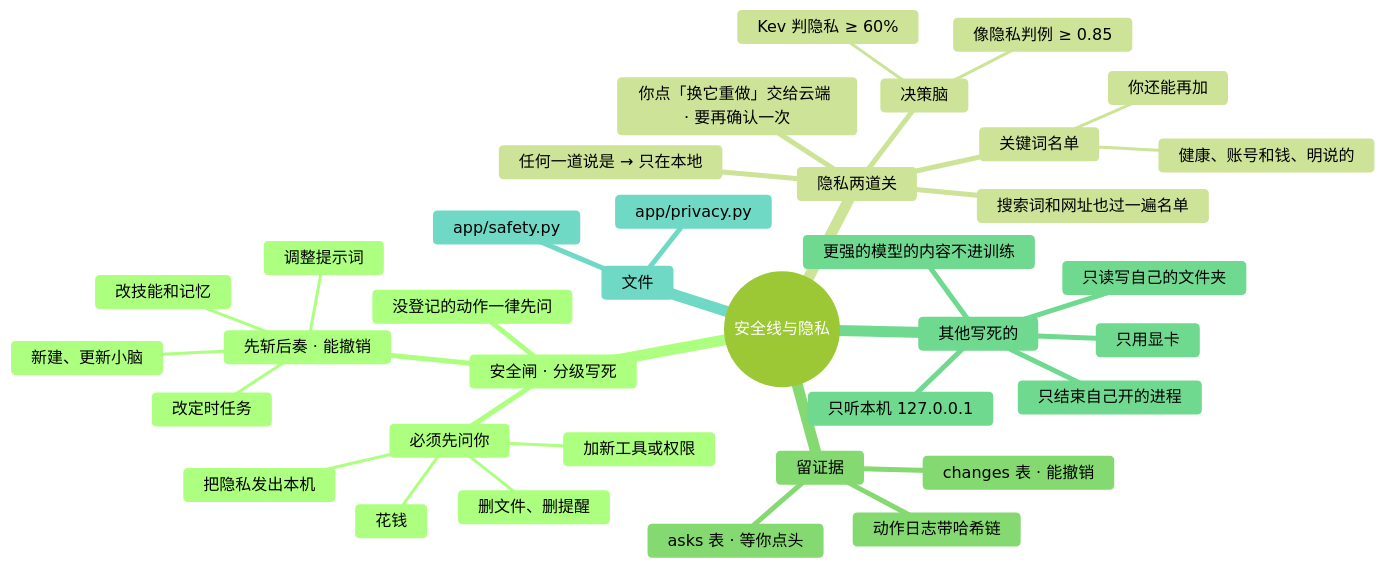
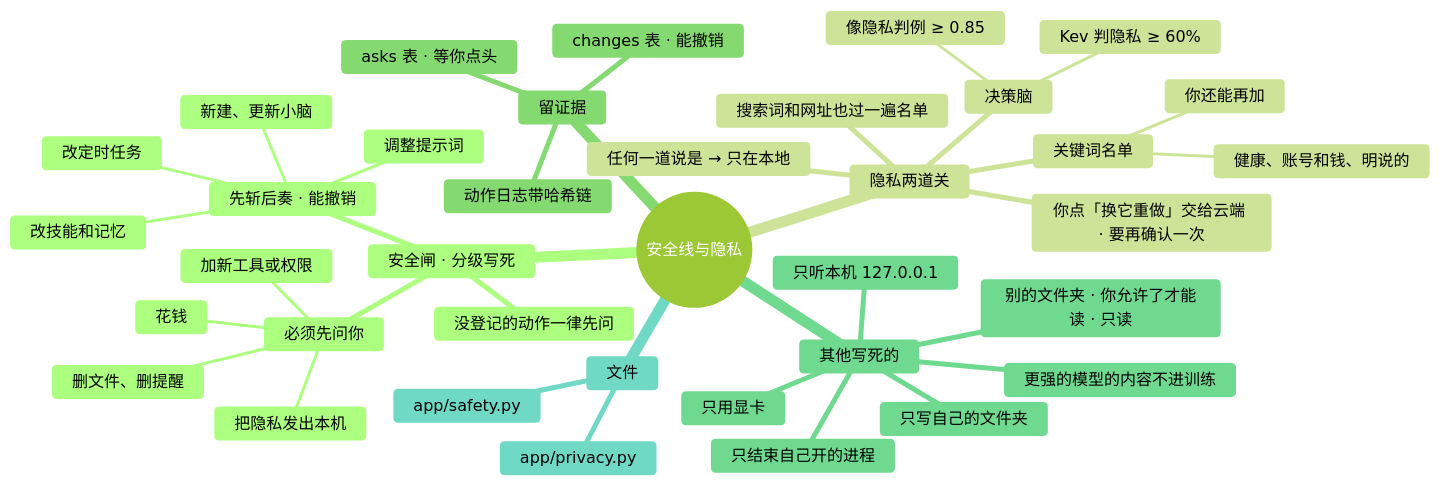
One commit to lql-076/Experiment-Agent-One changed the diagram in docs/AI文档/架构/08-安全线与隐私.md. Above: the diagram before and after it, drawn with Mermaid (forest theme). The commit also changed other lines of this file and 25 other files, not shown here.

First line of the commit message:
v1.8.17：对话能发图片（交给 DeepSeek 看）、能读你允许的文件夹（只读）

````diff
--- a/docs/AI文档/架构/08-安全线与隐私.md
+++ b/docs/AI文档/架构/08-安全线与隐私.md
@@ -9,39 +9,40 @@
 ```mermaid
 mindmap
   root((安全线与隐私))
     安全闸 · 分级写死
       先斩后奏 · 能撤销
         新建、更新小脑
         改技能和记忆
         改定时任务
         调整提示词
       必须先问你
         删文件、删提醒
         加新工具或权限
         花钱
         把隐私发出本机
       没登记的动作一律先问
     隐私两道关
       关键词名单
         健康、账号和钱、明说的
         你还能再加
       决策脑
         像隐私判例 ≥ 0.85
         Kev 判隐私 ≥ 60%
       任何一道说是 → 只在本地
       搜索词和网址也过一遍名单
       你点「换它重做」交给云端 · 要再确认一次
     留证据
       changes 表 · 能撤销
       asks 表 · 等你点头
       动作日志带哈希链
     其他写死的
       只用显卡
       更强的模型的内容不进训练
-      只读写自己的文件夹
+      只写自己的文件夹
+      别的文件夹 · 你允许了才能读 · 只读
       只结束自己开的进程
       只听本机 127.0.0.1
     文件
       app/safety.py
       app/privacy.py
 ```
````
